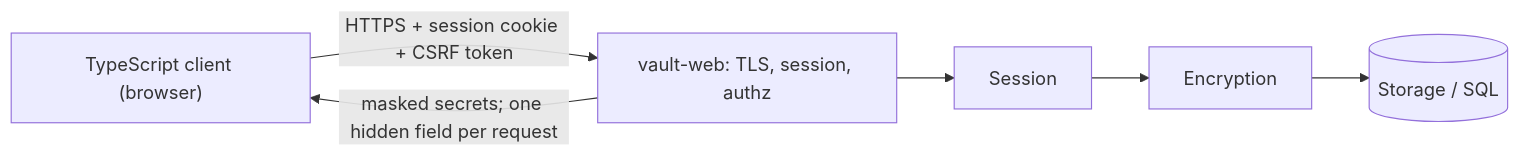
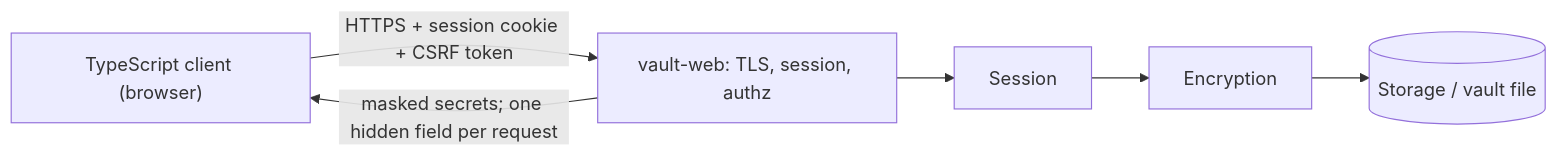
One commit to jevgeni-arefjev/secure-pass-manager changed the diagram in web-app-security.md. Above: the diagram before and after it, drawn with Mermaid. The commit also changed other lines of this file and 20 other files, not shown here.

````diff
--- a/web-app-security.md
+++ b/web-app-security.md
@@ -19,6 +19,6 @@
 ```mermaid
 flowchart LR
   TS["TypeScript client (browser)"] -->|"HTTPS + session cookie + CSRF token"| SRV["vault-web: TLS, session, authz"]
-  SRV --> SE[Session] --> ENC[Encryption] --> ST[(Storage / SQL)]
+  SRV --> SE[Session] --> ENC[Encryption] --> ST[(Storage / vault file)]
   SRV -->|"masked secrets; one hidden field per request"| TS
 ```
````
